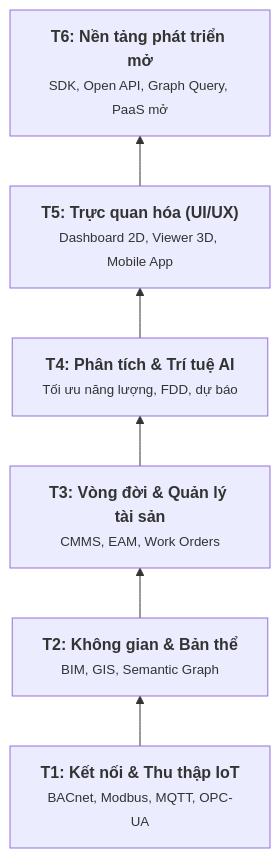
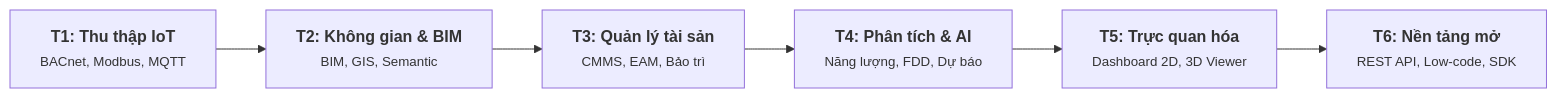
Before and after one commit to hoangtrunghieu0025-lab/internship_report: the second of 2 diagrams in bao-cao-digital-twin-siemens_v3.md, drawn with Mermaid. The commit also changed other lines of this file, not shown here.

Commit message:
Update DTP 6-layer architecture diagram to horizontal pipeline (flowchart LR)

````diff
--- a/bao-cao-digital-twin-siemens_v3.md
+++ b/bao-cao-digital-twin-siemens_v3.md
@@ -173,11 +173,8 @@
 ```mermaid
-flowchart BT
-    T1["<b>T1: Kết nối & Thu thập IoT</b><br/><small>BACnet, Modbus, MQTT, OPC-UA</small>"]
-    T2["<b>T2: Không gian & Bản thể</b><br/><small>BIM, GIS, Semantic Graph</small>"]
-    T3["<b>T3: Vòng đời & Quản lý tài sản</b><br/><small>CMMS, EAM, Work Orders</small>"]
-    T4["<b>T4: Phân tích & Trí tuệ AI</b><br/><small>Tối ưu năng lượng, FDD, dự báo</small>"]
-    T5["<b>T5: Trực quan hóa (UI/UX)</b><br/><small>Dashboard 2D, Viewer 3D, Mobile App</small>"]
-    T6["<b>T6: Nền tảng phát triển mở</b><br/><small>SDK, Open API, Graph Query, PaaS mở</small>"]
-
-    T1 --> T2 --> T3 --> T4 --> T5 --> T6
+flowchart LR
+    T1["<b>T1: Thu thập IoT</b><br/><small>BACnet, Modbus, MQTT</small>"] --> T2["<b>T2: Không gian & BIM</b><br/><small>BIM, GIS, Semantic</small>"]
+    T2 --> T3["<b>T3: Quản lý tài sản</b><br/><small>CMMS, EAM, Bảo trì</small>"]
+    T3 --> T4["<b>T4: Phân tích & AI</b><br/><small>Năng lượng, FDD, Dự báo</small>"]
+    T4 --> T5["<b>T5: Trực quan hóa</b><br/><small>Dashboard 2D, 3D Viewer</small>"]
+    T5 --> T6["<b>T6: Nền tảng mở</b><br/><small>REST API, Low-code, SDK</small>"]
 ```
````
